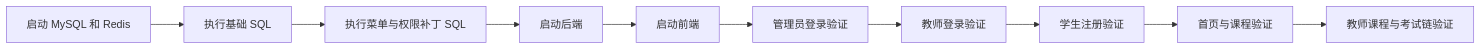
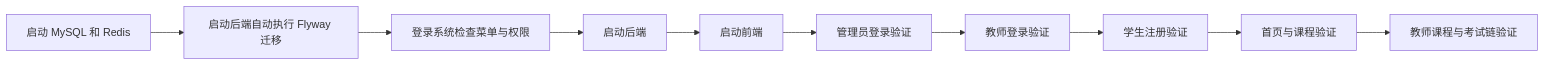
One commit to kakakakakkk123/Cloud-Course-Teaching-Platform changed the diagram in doc/项目启动与初始化说明.md. Above: the diagram before and after it, drawn with Mermaid. The commit also changed other lines of this file and 7 other files, not shown here.

````diff
--- a/doc/项目启动与初始化说明.md
+++ b/doc/项目启动与初始化说明.md
@@ -501,12 +420,12 @@
 ```mermaid
 flowchart LR
-  A["启动 MySQL 和 Redis"] --> B["执行基础 SQL"]
-  B --> C["执行菜单与权限补丁 SQL"]
+  A["启动 MySQL 和 Redis"] --> B["启动后端自动执行 Flyway 迁移"]
+  B --> C["登录系统检查菜单与权限"]
   C --> D["启动后端"]
   D --> E["启动前端"]
   E --> F["管理员登录验证"]
   F --> G["教师登录验证"]
   G --> H["学生注册验证"]
   H --> I["首页与课程验证"]
   I --> J["教师课程与考试链验证"]
 ```
````
